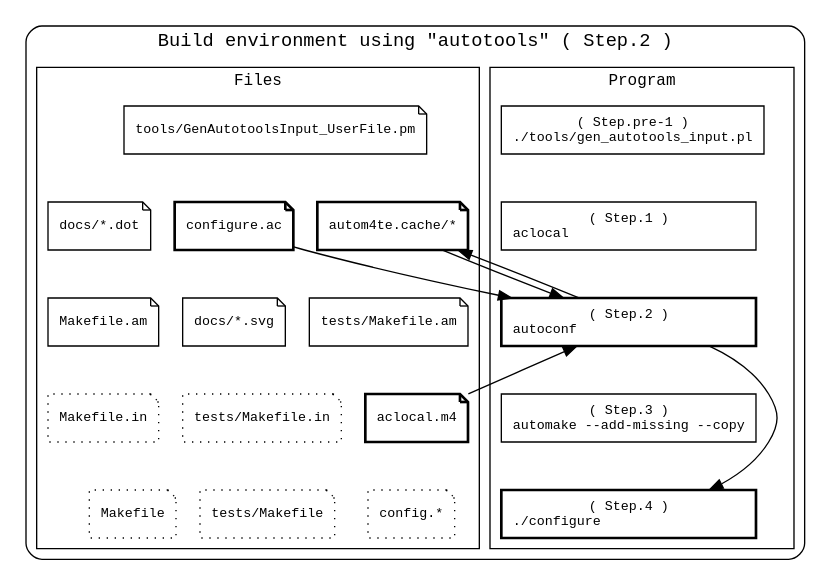
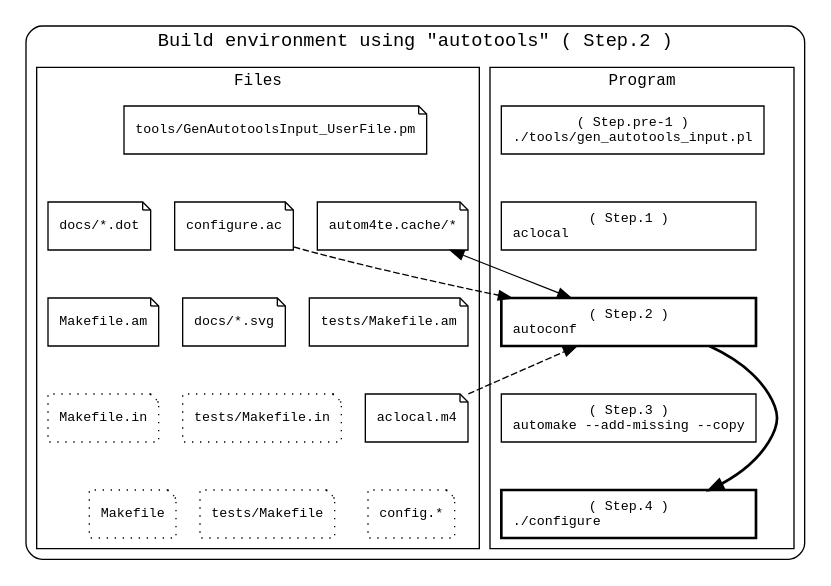
Before and after one commit to tomyama-code/tomyama_script_collection: the diagram in docs/img/devel_step_1_2.dot, drawn with Graphviz. The commit also changed 36 other files, not shown here.

```diff
--- a/docs/img/devel_step_1_2.dot
+++ b/docs/img/devel_step_1_2.dot
@@ -1,87 +1,88 @@
 // File: docs/devel_step_0.dot
 // Author: tomyama
 // Purpose: Development workflow diagram
 
 digraph physical_directory_structure {
     newrank=true
     constraint=false
 
     // 全体に等幅フォントを適用
     //   ex) "monospace", "Courier", "Courier New", "Consolas", "Monaco"
     graph [fontname="monospace"]
     node  [fontname="monospace", fontsize=10, penwidth=1]
     edge  [fontname="monospace"]
 
     // 図全体を囲うクラスタ
     subgraph cluster_all {
 
         label = "Build environment using \"autotools\" ( Step.2 )"
         style = "rounded"   // 角を丸くする
         color = "black"     // 枠線の色
         penwidth = 1        // 枠線の太さ
 
         // プログラム
         subgraph cluster_program {
             label = "Program"
             style = "solid"
             penwidth = 1        // 枠線の太さ
             fontsize=12
             {
                 edge [style=invis];
                 program01 -> program02 -> program03 -> program04 -> program05
             }
             program01 [shape=box, style=solid , label="( Step.pre-1 )\n./tools/gen_autotools_input.pl"]
             program02 [shape=box, style=solid , label="( Step.1 )\naclocal                      "]
             program03 [shape=box, style=solid , label="( Step.2 )\nautoconf                     ", penwidth=2]
             program04 [shape=box, style=solid , label="( Step.3 )\nautomake --add-missing --copy"]
             program05 [shape=box, style=solid , label="( Step.4 )\n./configure                  ", penwidth=2]
         }
 
         // ファイル
         subgraph cluster_file {
             label = "Files"
             style = "solid"
             penwidth = 1        // 枠線の太さ
             fontsize=12
             {
                 edge [style=invis];
                 file13 -> file01 -> file02 -> file03 -> file04
                 file13 -> file05 -> file06 -> file07 -> file08
                 file13 -> file09 -> file10 -> file11 -> file12
             }
 
             file13 [shape=note, style=solid , label="tools/GenAutotoolsInput_UserFile.pm"]
             file01 [shape=note, style=solid , label="docs/*.dot"]
             file02 [shape=note, style=solid , label="docs/*.svg"]
-            file03 [shape=note, style=solid , label="aclocal.m4", penwidth=2]
+            file03 [shape=note, style=solid , label="aclocal.m4"]
             file04 [shape=note, style=dotted, label="config.*"]
-            file05 [shape=note, style=solid , label="configure.ac", penwidth=2]
+            file05 [shape=note, style=solid , label="configure.ac"]
             file06 [shape=note, style=solid , label="Makefile.am"]
             file07 [shape=note, style=dotted, label="Makefile.in"]
             file08 [shape=note, style=dotted, label="Makefile"]
-            file09 [shape=note, style=solid , label="autom4te.cache/*", penwidth=2]
+            file09 [shape=note, style=solid , label="autom4te.cache/*"]
             file10 [shape=note, style=solid , label="tests/Makefile.am"]
             file11 [shape=note, style=dotted, label="tests/Makefile.in"]
             file12 [shape=note, style=dotted, label="tests/Makefile"]
         }
 
         {
             edge [style=invis];
             file13 -> program01
             file01 -> file05 -> file09 -> program02
             file02 -> file06 -> file10 -> program03
             file03 -> file07 -> file11 -> program04
             file04 -> file08 -> file12 -> program05
         }
         {rank=same; program01; file13}
         {rank=same; program02; file01; file05; file09}
         {rank=same; program03; file02; file06; file10}
         {rank=same; program04; file03; file07; file11}
         {rank=same; program05; file04; file08; file12}
 
         // スクリプトとドキュメントの関係
-        file05 -> program03 -> program05
-        file03 -> program03
-        file09 -> program03 -> file09
+        file05 -> program03 [style=dashed]
+        file03 -> program03 [style=dashed]
+        file09 -> program03 [dir=both]
+        program03 -> program05 [style=bold]
     }
 }
```
